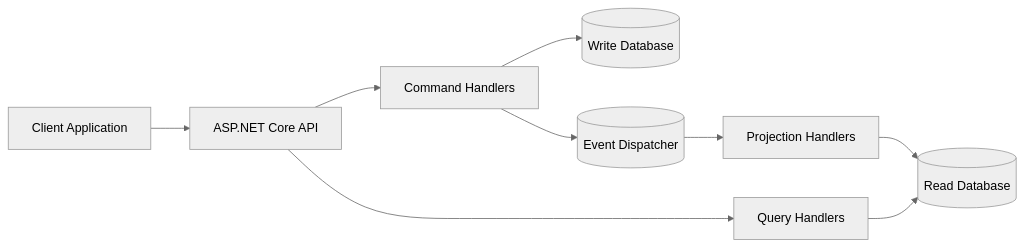
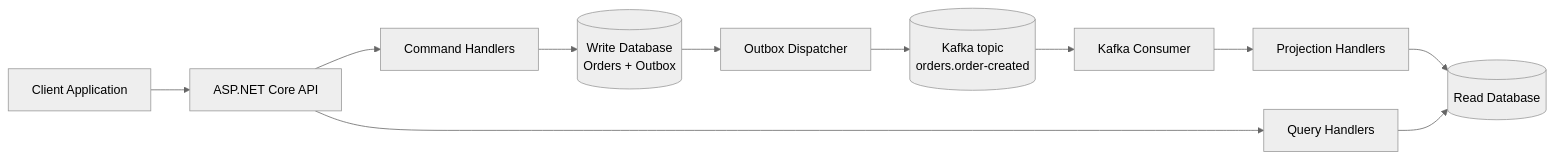
One commit to ayoolaniyan/ecom-api changed the first of 3 diagrams in README.md. Above: the diagram before and after it, drawn with Mermaid (neutral theme). The commit also changed other lines of this file and 20 other files, not shown here.

First line of the commit message:
feat: stream domain events through Kafka with a transactional outbox

````diff
--- a/README.md
+++ b/README.md
@@ -31,23 +32,27 @@
 ``` mermaid
 flowchart LR
     Client[Client Application]
     API[ASP.NET Core API]
     Commands[Command Handlers]
     Queries[Query Handlers]
-    WriteDB[(Write Database)]
-    EventBus[(Event Dispatcher)]
+    WriteDB[(Write Database<br/>Orders + Outbox)]
+    Dispatcher[Outbox Dispatcher]
+    Kafka[(Kafka topic<br/>orders.order-created)]
+    Consumer[Kafka Consumer]
     Projections[Projection Handlers]
     ReadDB[(Read Database)]
 
     Client --> API
     API --> Commands
     API --> Queries
 
     Commands --> WriteDB
-    Commands --> EventBus
+    WriteDB --> Dispatcher
+    Dispatcher --> Kafka
 
-    EventBus --> Projections
+    Kafka --> Consumer
+    Consumer --> Projections
     Projections --> ReadDB
 
     Queries --> ReadDB
 ```
````
